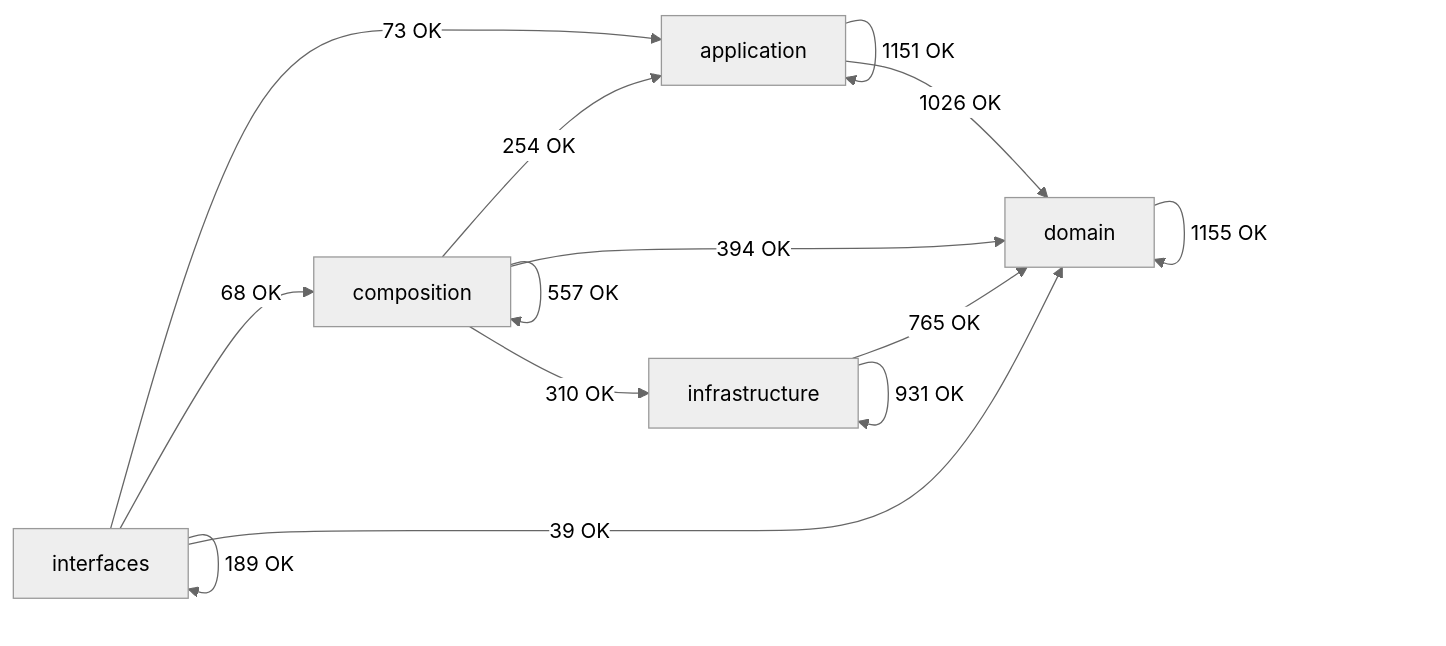
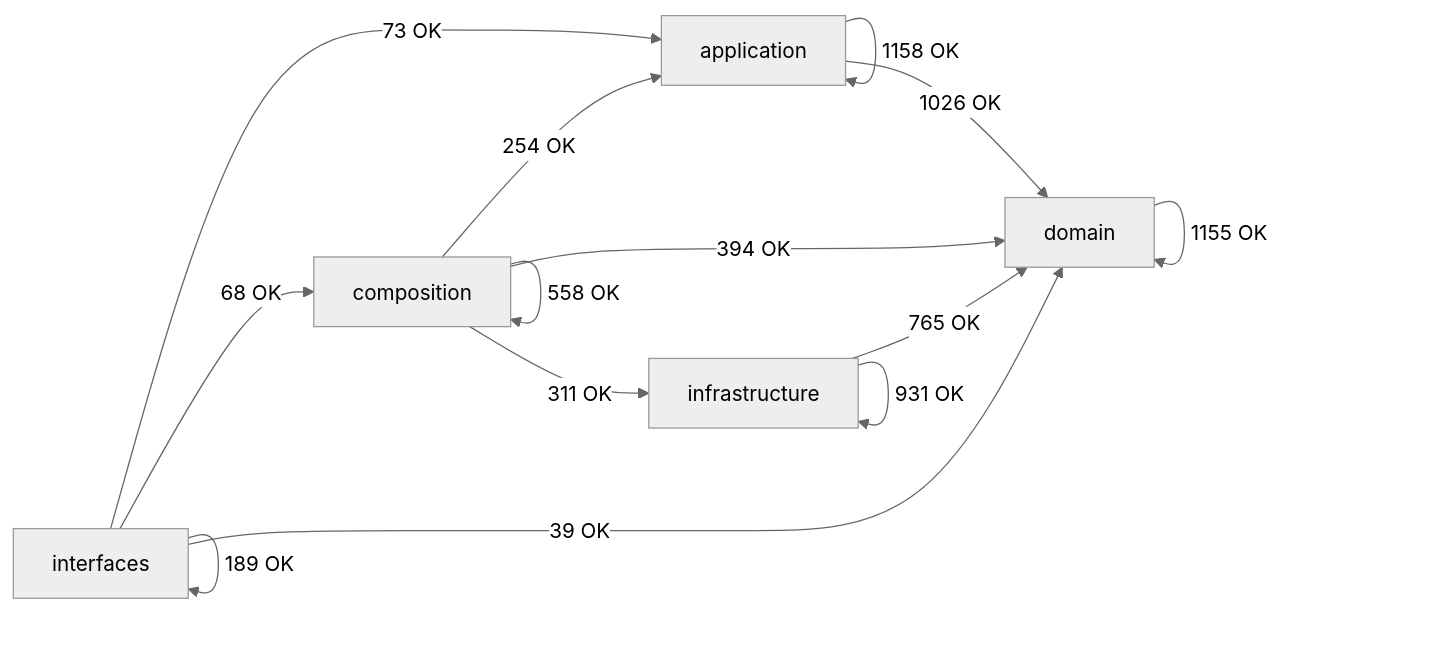
The diagram in docs/02-architecture/generated/module-dependency-map.md (SatoryKono/BioactivityDataAcquisition), drawn with Mermaid (neutral theme) before and after one commit. The commit also changed other lines of this file and 2 other files, not shown here.

````diff
--- a/docs/02-architecture/generated/module-dependency-map.md
+++ b/docs/02-architecture/generated/module-dependency-map.md
@@ -17,21 +17,21 @@
 ```mermaid
 flowchart LR
     domain[domain]
     application[application]
     infrastructure[infrastructure]
     composition[composition]
     interfaces[interfaces]
-    application -->|1151 OK| application
+    application -->|1158 OK| application
     application -->|1026 OK| domain
     composition -->|254 OK| application
-    composition -->|557 OK| composition
+    composition -->|558 OK| composition
     composition -->|394 OK| domain
-    composition -->|310 OK| infrastructure
+    composition -->|311 OK| infrastructure
     domain -->|1155 OK| domain
     infrastructure -->|765 OK| domain
     infrastructure -->|931 OK| infrastructure
     interfaces -->|73 OK| application
     interfaces -->|68 OK| composition
     interfaces -->|39 OK| domain
     interfaces -->|189 OK| interfaces
 ```
````
